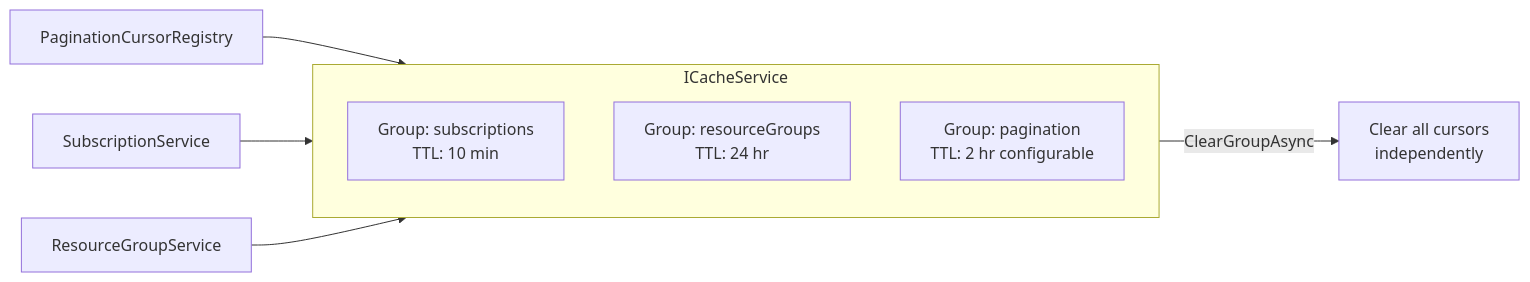
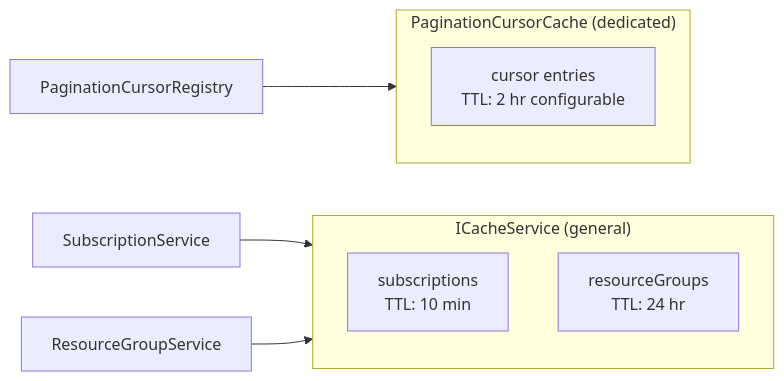
One commit to srnagar/mcp changed the third of 3 diagrams in docs/design/pagination.md. Above: the diagram before and after it, drawn with Mermaid. The commit also changed other lines of this file and 5 other files, not shown here.

````diff
--- a/docs/design/pagination.md
+++ b/docs/design/pagination.md
@@ -119,15 +119,17 @@
 ```mermaid
 flowchart LR
-    subgraph ICacheService
+    subgraph GeneralCache["ICacheService (general)"]
         direction TB
-        G1[Group: subscriptions<br/>TTL: 10 min]
-        G2[Group: resourceGroups<br/>TTL: 24 hr]
-        G3[Group: pagination<br/>TTL: 2 hr configurable]
+        G1[subscriptions<br/>TTL: 10 min]
+        G2[resourceGroups<br/>TTL: 24 hr]
+    end
+
+    subgraph PaginationStore["PaginationCursorCache (dedicated)"]
+        direction TB
+        G3[cursor entries<br/>TTL: 2 hr configurable]
     end
 
     R[PaginationCursorRegistry] --> G3
     S[SubscriptionService] --> G1
     RG[ResourceGroupService] --> G2
-
-    G3 -->|ClearGroupAsync| X[Clear all cursors<br/>independently]
 ```
````
